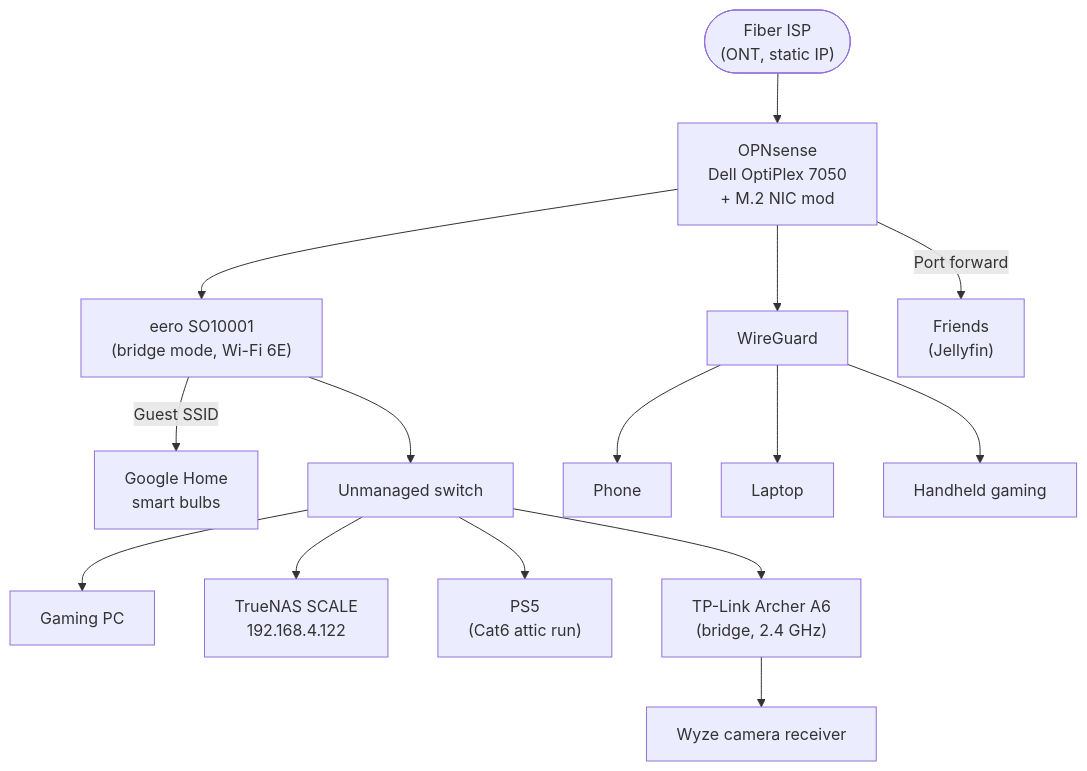
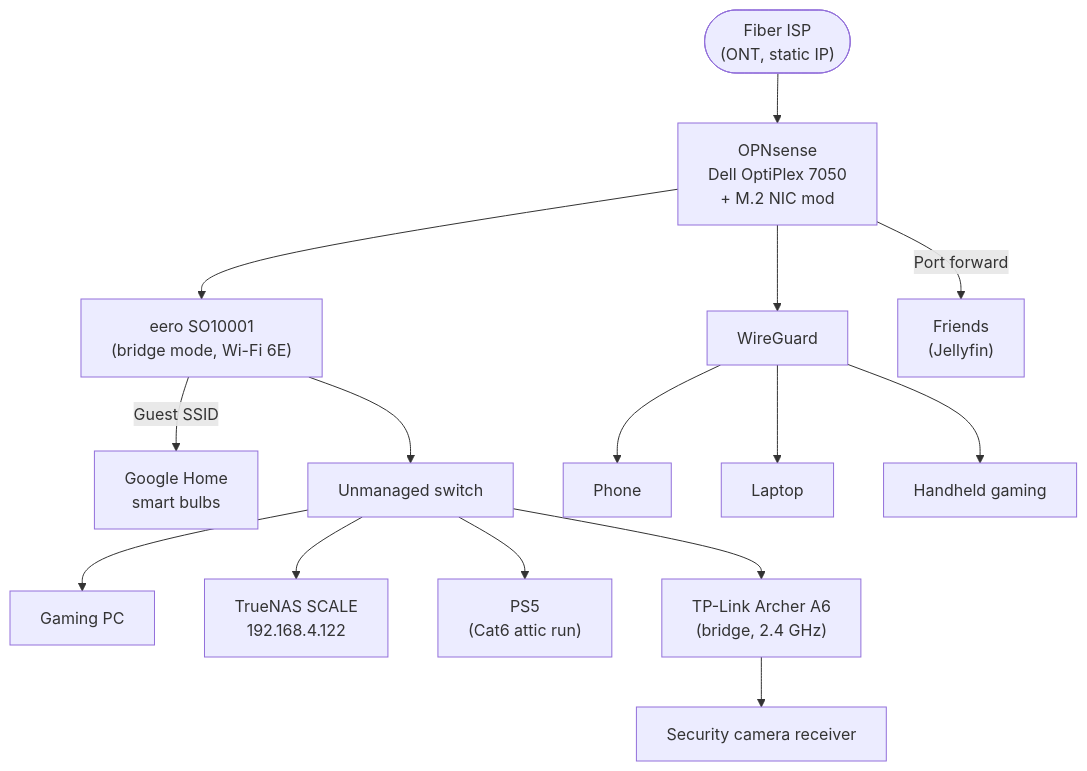
Before and after one commit to SammyTheKat/homelab: the diagram in docs/network-architecture.md, drawn with Mermaid.

````diff
--- a/docs/network-architecture.md
+++ b/docs/network-architecture.md
@@ -11,17 +11,17 @@
 ```mermaid
 flowchart TB
     Fiber(["Fiber ISP<br/>(ONT, static IP)"]) --> OPNsense["OPNsense<br/>Dell OptiPlex 7050<br/>+ M.2 NIC mod"]
     OPNsense --> Eero["eero SO10001<br/>(bridge mode, Wi-Fi 6E)"]
     Eero -->|Guest SSID| IoT["Google Home<br/>smart bulbs"]
     Eero --> Switch["Unmanaged switch"]
     Switch --> GamingPC["Gaming PC"]
     Switch --> TrueNAS["TrueNAS SCALE<br/>192.168.4.122"]
     Switch --> PS5["PS5<br/>(Cat6 attic run)"]
     Switch --> Archer["TP-Link Archer A6<br/>(bridge, 2.4 GHz)"]
-    Archer --> Wyze["Wyze camera receiver"]
+    Archer --> Wyze["Security camera receiver"]
     OPNsense --> WG["WireGuard"]
     WG --> Phone["Phone"]
     WG --> Laptop["Laptop"]
     WG --> Handhelds["Handheld gaming"]
     OPNsense -->|Port forward| Friends["Friends<br/>(Jellyfin)"]
 ```
````
